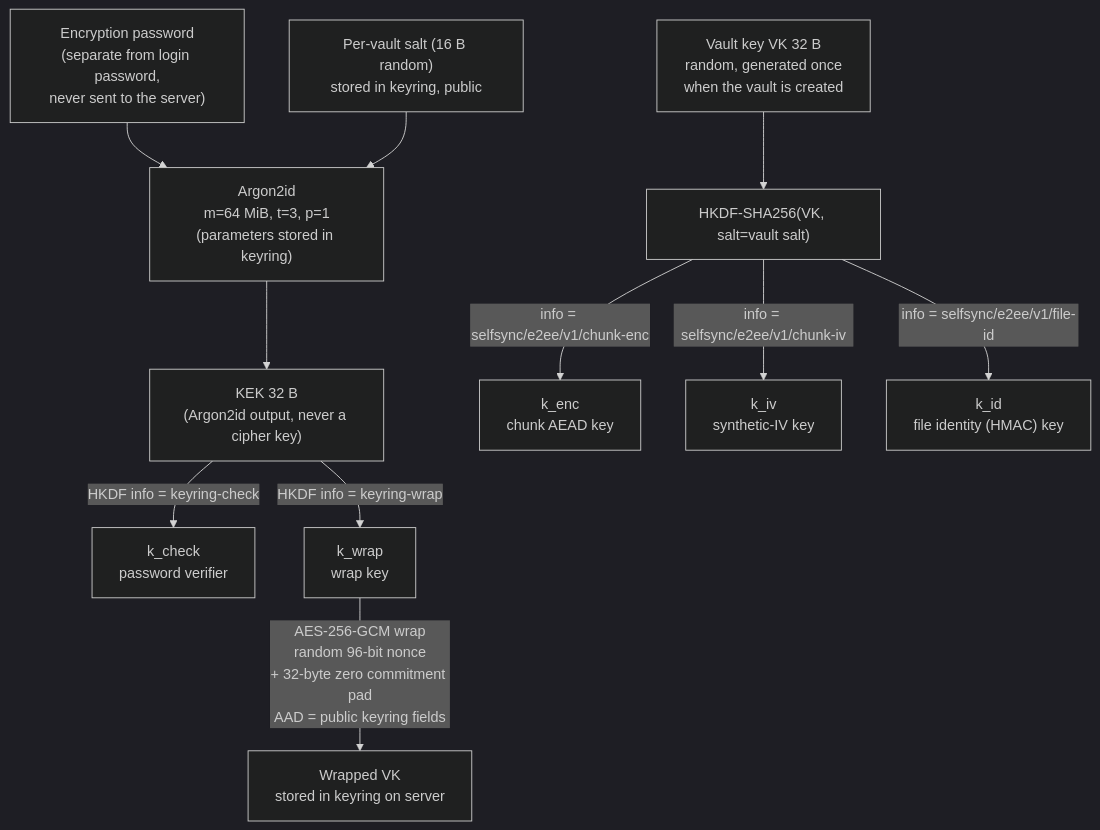
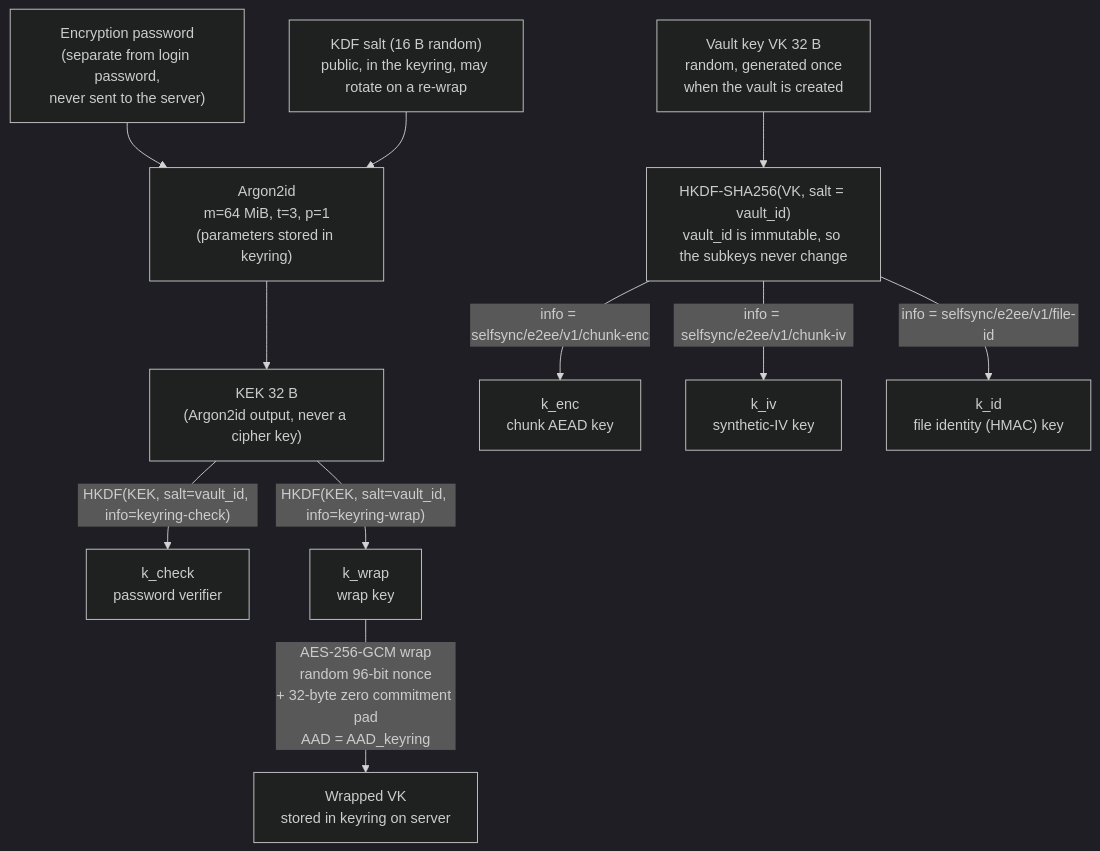
The first of 4 diagrams in docs/design/specs/2026-11-10-e2ee-design.md (williamweatherholtz/obsidian-selfsync), drawn with Mermaid (dark theme) before and after one commit. The commit also changed other lines of this file and 19 other files, not shown here.

First line of the commit message:
CR: E2EE design revision 5 after panel round 3 (1 ACCEPT, 6 OBJECT): vault_id HKDF salt, extractor in scoped(), case-only cid fold, schema stamp, no digest pin, one migration order

````diff
--- a/docs/design/specs/2026-11-10-e2ee-design.md
+++ b/docs/design/specs/2026-11-10-e2ee-design.md
@@ -111,16 +123,16 @@
 ```mermaid
 flowchart TD
     P["Encryption password<br/>(separate from login password,<br/>never sent to the server)"]
-    S["Per-vault salt (16 B random)<br/>stored in keyring, public"]
+    S["KDF salt (16 B random)<br/>public, in the keyring, may rotate on a re-wrap"]
     P --> KDF["Argon2id<br/>m=64 MiB, t=3, p=1<br/>(parameters stored in keyring)"]
     S --> KDF
     KDF --> KEK["KEK 32 B<br/>(Argon2id output, never a cipher key)"]
-    KEK -- "HKDF info = keyring-check" --> KC["k_check<br/>password verifier"]
-    KEK -- "HKDF info = keyring-wrap" --> KW["k_wrap<br/>wrap key"]
+    KEK -- "HKDF(KEK, salt=vault_id, info=keyring-check)" --> KC["k_check<br/>password verifier"]
+    KEK -- "HKDF(KEK, salt=vault_id, info=keyring-wrap)" --> KW["k_wrap<br/>wrap key"]
     VK["Vault key VK 32 B<br/>random, generated once<br/>when the vault is created"]
-    KW -- "AES-256-GCM wrap<br/>random 96-bit nonce<br/>+ 32-byte zero commitment pad<br/>AAD = public keyring fields" --> WVK["Wrapped VK<br/>stored in keyring on server"]
-    VK --> HK["HKDF-SHA256(VK, salt=vault salt)"]
+    KW -- "AES-256-GCM wrap<br/>random 96-bit nonce<br/>+ 32-byte zero commitment pad<br/>AAD = AAD_keyring" --> WVK["Wrapped VK<br/>stored in keyring on server"]
+    VK --> HK["HKDF-SHA256(VK, salt = vault_id)<br/>vault_id is immutable, so the subkeys never change"]
     HK -- "info = selfsync/e2ee/v1/chunk-enc" --> KE["k_enc<br/>chunk AEAD key"]
     HK -- "info = selfsync/e2ee/v1/chunk-iv" --> KI["k_iv<br/>synthetic-IV key"]
     HK -- "info = selfsync/e2ee/v1/file-id" --> KF["k_id<br/>file identity (HMAC) key"]
 ```
````
